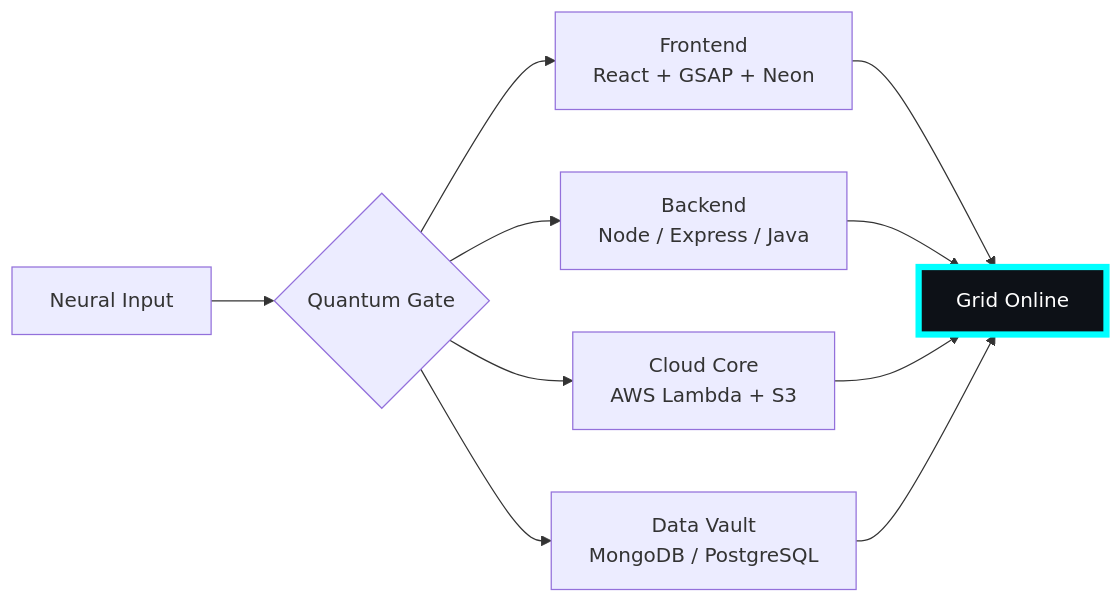
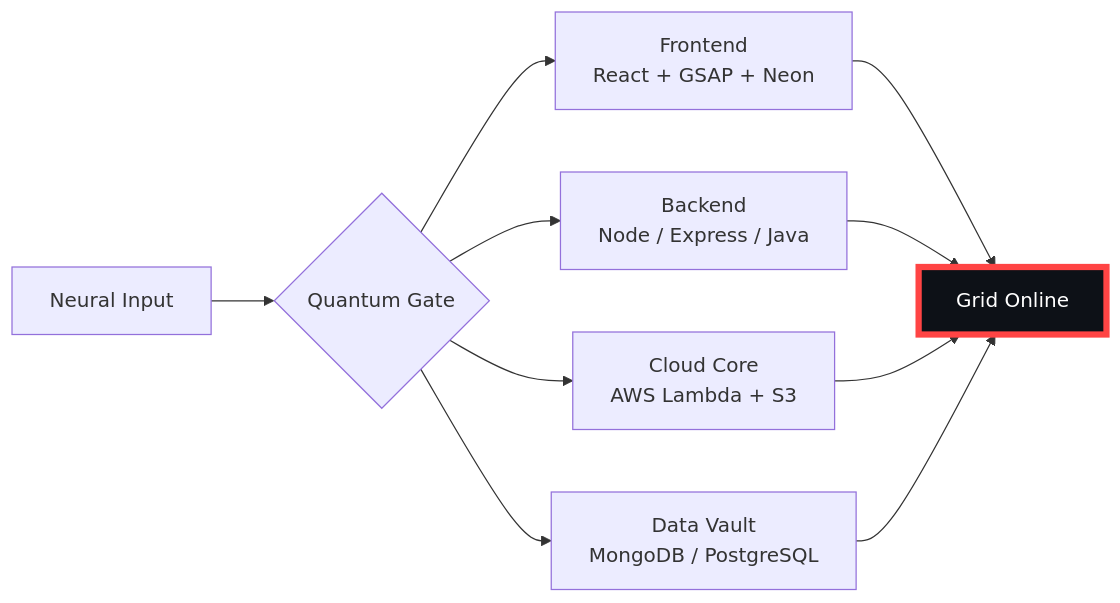
The diagram in README.md (pendemvamsi/pendemvamsi), drawn with Mermaid before and after one commit. The commit also changed other lines of this file and 1 other file, not shown here.

````diff
--- a/README.md
+++ b/README.md
@@ -32,10 +32,10 @@
 ```mermaid
 flowchart LR
     U[Neural Input] --> G{Quantum Gate}
     G --> F[Frontend<br>React + GSAP + Neon]
     G --> B[Backend<br>Node / Express / Java]
     G --> C[Cloud Core<br>AWS Lambda + S3]
     G --> D[Data Vault<br>MongoDB / PostgreSQL]
     F & B & C & D --> O[Grid Online]
-    style O fill:#0d1117,stroke:#00FFFF,stroke-width:5px,color:#fff
+    style O fill:#0d1117,stroke:#FF4444,stroke-width:5px,color:#fff
 ```
````
